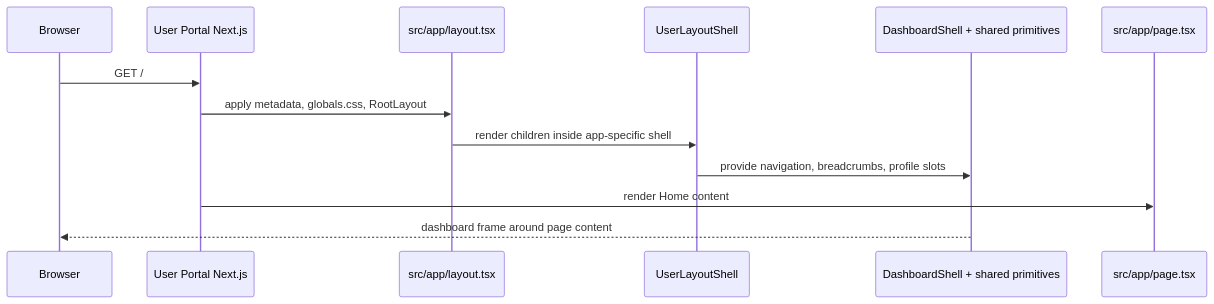
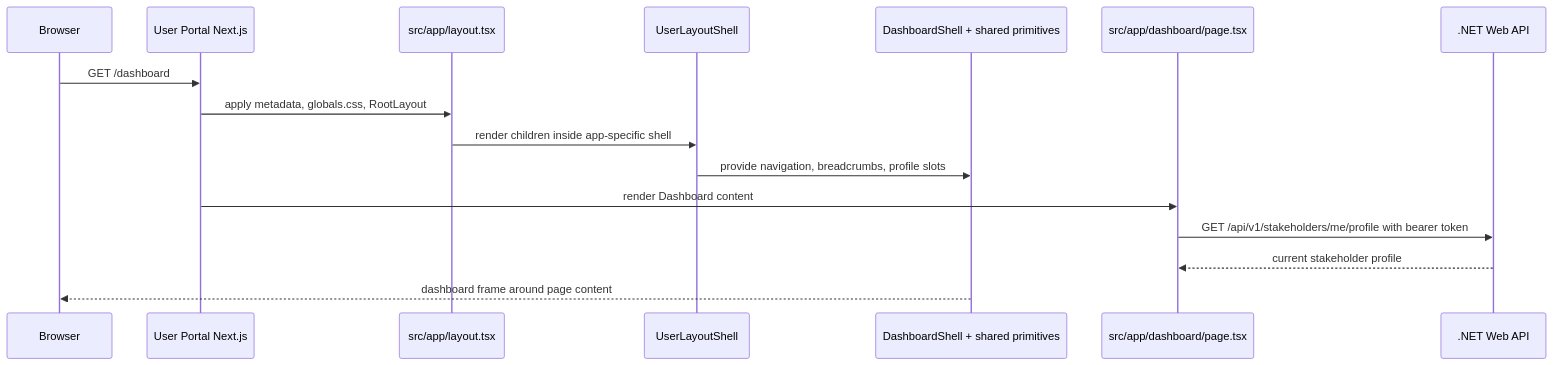
The diagram in docs/architecture/02-application-architecture.md (chukwuemekanweke/nextjs-project-template), drawn with Mermaid before and after one commit. The commit also changed other lines of this file and 26 other files, not shown here.

Commit message:
feat(user-portal): add profile-backed user dashboard (#16)

````diff
--- a/docs/architecture/02-application-architecture.md
+++ b/docs/architecture/02-application-architecture.md
@@ -15,15 +15,18 @@
 ```mermaid
 sequenceDiagram
   participant Browser
   participant Next as User Portal Next.js
   participant Layout as src/app/layout.tsx
   participant Shell as UserLayoutShell
   participant Shared as DashboardShell + shared primitives
-  participant Page as src/app/page.tsx
-  Browser->>Next: GET /
+  participant Page as src/app/dashboard/page.tsx
+  participant API as .NET Web API
+  Browser->>Next: GET /dashboard
   Next->>Layout: apply metadata, globals.css, RootLayout
   Layout->>Shell: render children inside app-specific shell
   Shell->>Shared: provide navigation, breadcrumbs, profile slots
-  Next->>Page: render Home content
+  Next->>Page: render Dashboard content
+  Page->>API: GET /api/v1/stakeholders/me/profile with bearer token
+  API-->>Page: current stakeholder profile
   Shared-->>Browser: dashboard frame around page content
 ```
````
